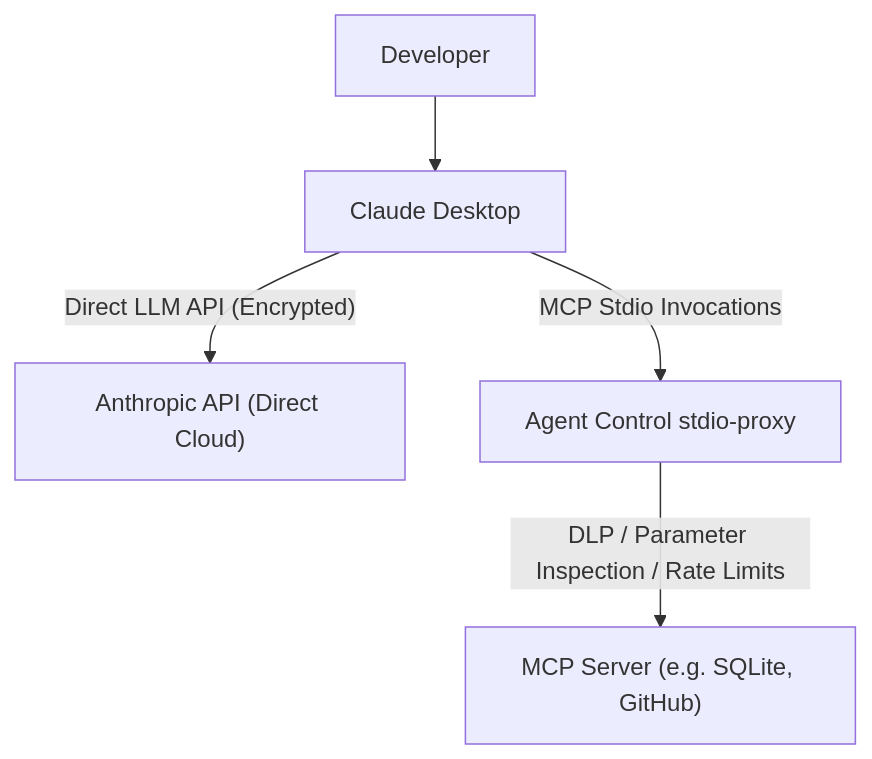
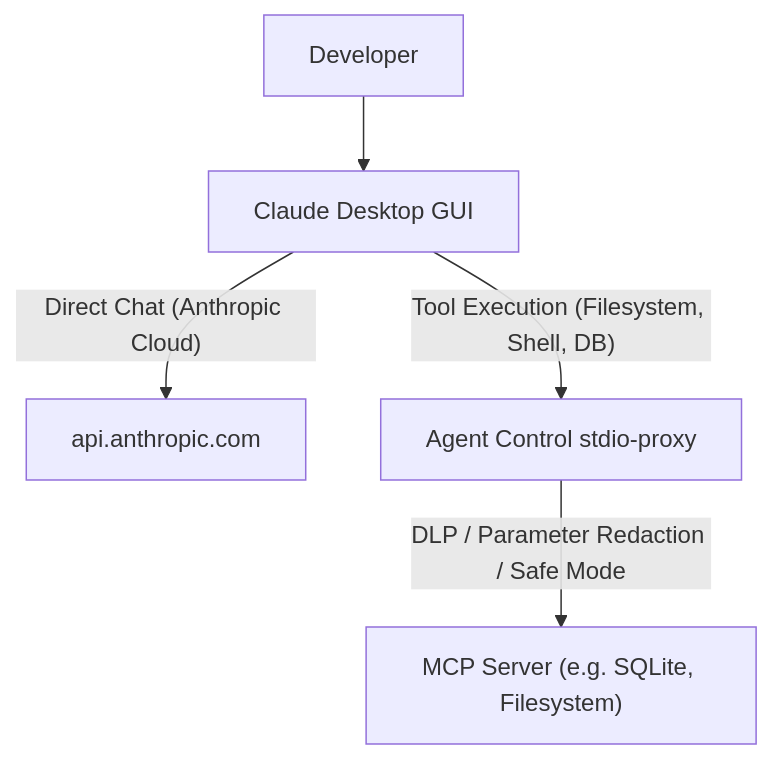
Before and after one commit to noviqtechnologies/Vexa-Agent-Control: the diagram in docs/guides/claude_desktop_integration.md, drawn with Mermaid. The commit also changed other lines of this file and 22 other files, not shown here.

````diff
--- a/docs/guides/claude_desktop_integration.md
+++ b/docs/guides/claude_desktop_integration.md
@@ -12,7 +16,7 @@
 ```mermaid
 graph TD
-    User["Developer"] --> Claude["Claude Desktop"]
-    Claude -->|"Direct LLM API (Encrypted)"| Anthropic["Anthropic API (Direct Cloud)"]
-    Claude -->|"MCP Stdio Invocations"| Proxy["Agent Control stdio-proxy"]
-    Proxy -->|"DLP / Parameter Inspection / Rate Limits"| Tool["MCP Server (e.g. SQLite, GitHub)"]
+    User["Developer"] --> Claude["Claude Desktop GUI"]
+    Claude -->|"Direct Chat (Anthropic Cloud)"| Anthropic["api.anthropic.com"]
+    Claude -->|"Tool Execution (Filesystem, Shell, DB)"| Proxy["Agent Control stdio-proxy"]
+    Proxy -->|"DLP / Parameter Redaction / Safe Mode"| Tool["MCP Server (e.g. SQLite, Filesystem)"]
 ```
````
